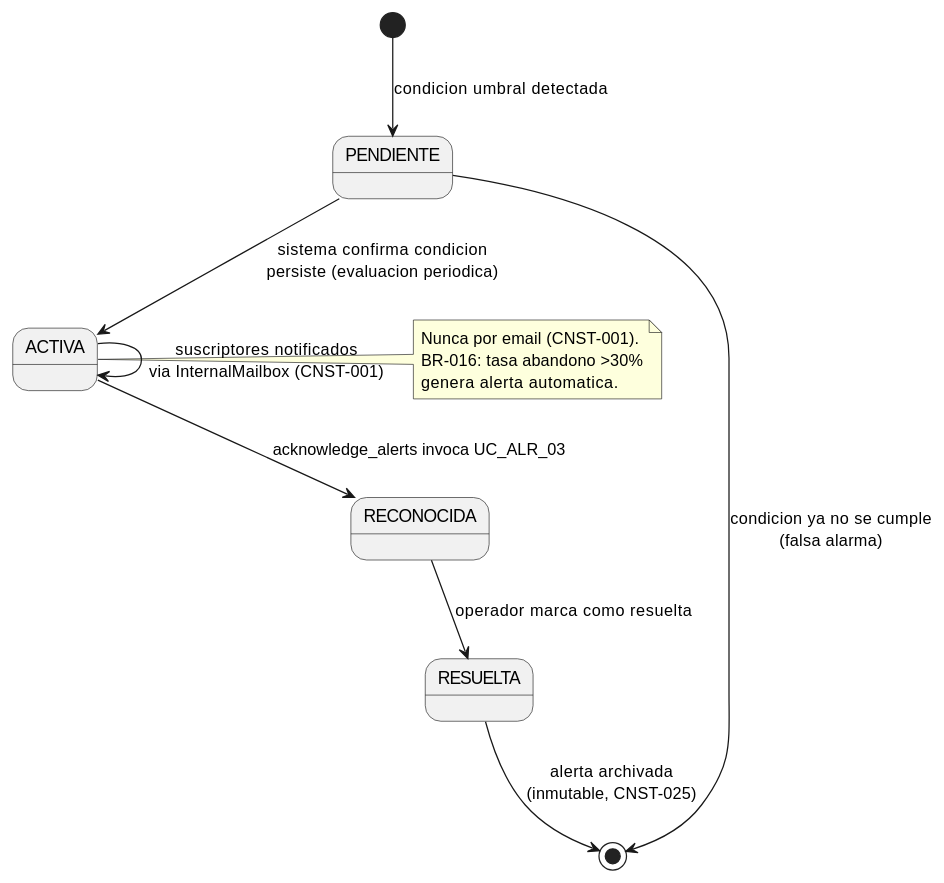
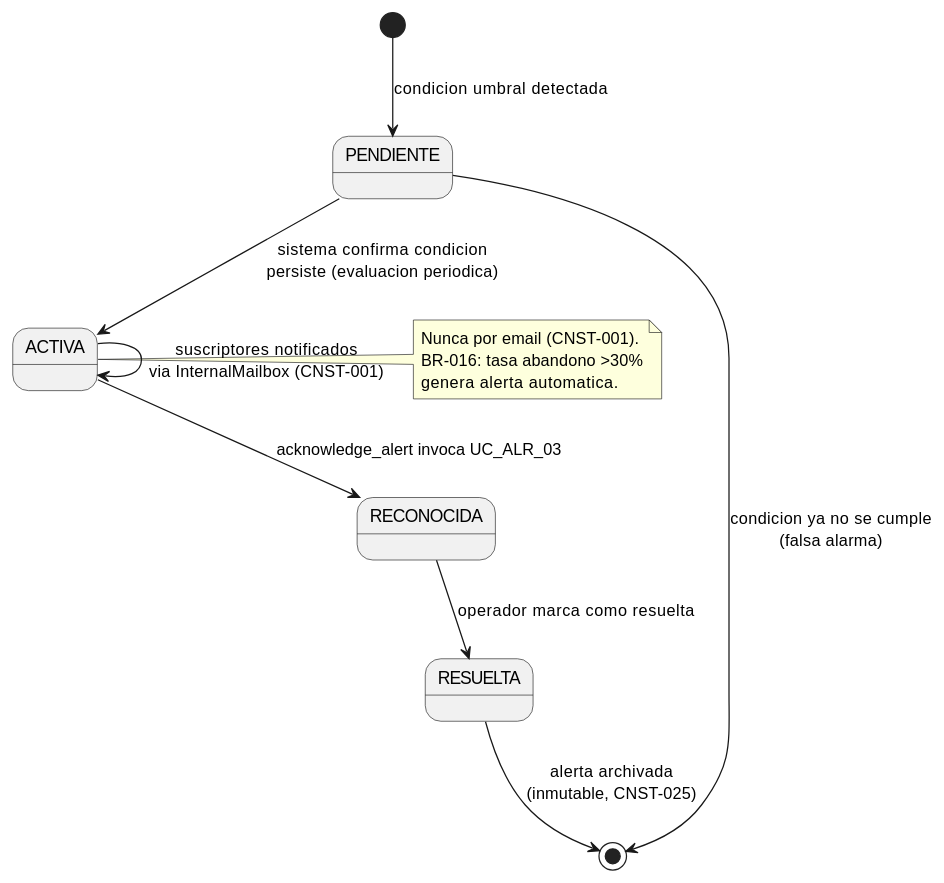
Before and after one commit to jcg-admin/IACT-docs: the first of 3 diagrams in source/arquitectura-tecnica/modulos/alerts/diagramas.rst, drawn with PlantUML. The commit also changed other lines of this file and 157 other files, not shown here.

First line of the commit message:
Enforce catalog function names across all diagrams

```diff
--- a/source/arquitectura-tecnica/modulos/alerts/diagramas.rst
+++ b/source/arquitectura-tecnica/modulos/alerts/diagramas.rst
@@ -11,23 +11,23 @@
 .. uml::
  :caption: Estados de una alerta — desde el disparo hasta su resolucion.
 
  @startuml
 
  [*] --> PENDIENTE : condicion umbral detectada
 
  PENDIENTE --> ACTIVA : sistema confirma condicion\npersiste (evaluacion periodica)
  PENDIENTE --> [*] : condicion ya no se cumple\n(falsa alarma)
 
- ACTIVA --> RECONOCIDA : acknowledge_alerts invoca UC_ALR_03
+ ACTIVA --> RECONOCIDA : acknowledge_alert invoca UC_ALR_03
  ACTIVA --> ACTIVA : suscriptores notificados\nvia InternalMailbox (CNST-001)
 
  RECONOCIDA --> RESUELTA : operador marca como resuelta
  RESUELTA --> [*] : alerta archivada\n(inmutable, CNST-025)
 
  note right of ACTIVA
    Nunca por email (CNST-001).
    BR-016: tasa abandono >30%
    genera alerta automatica.
  end note
 
  @enduml
```
